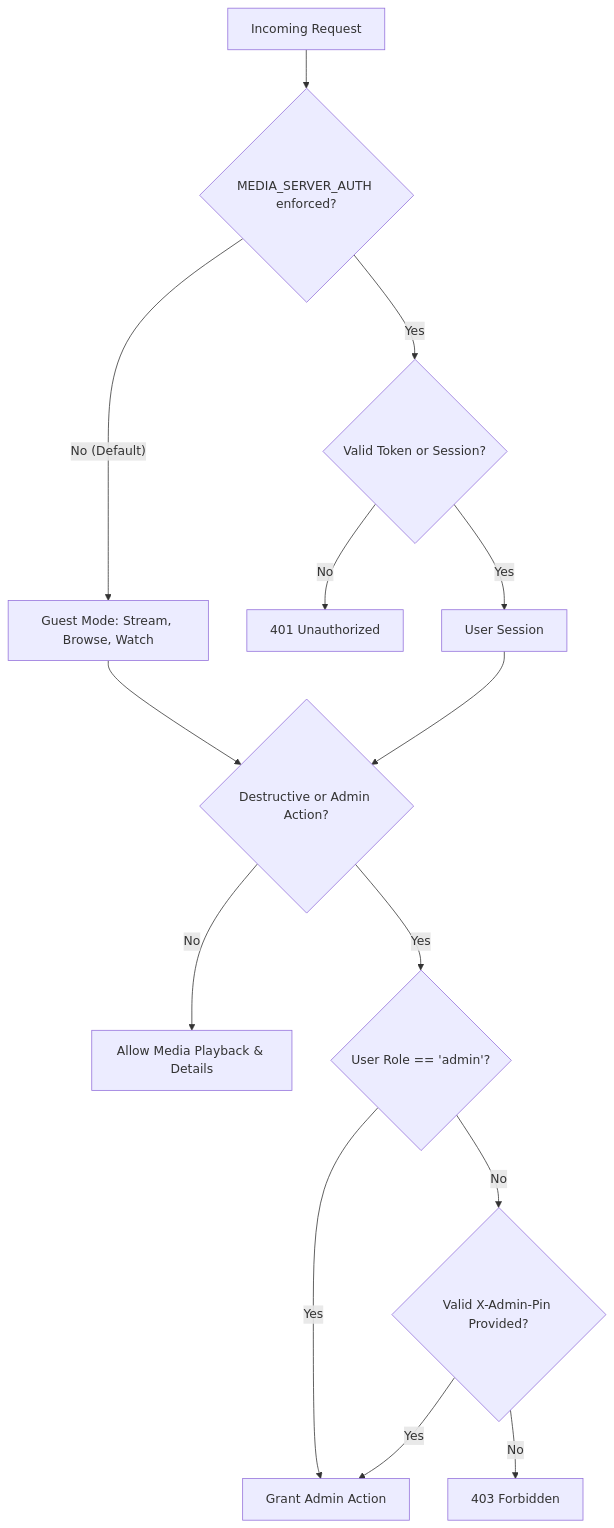
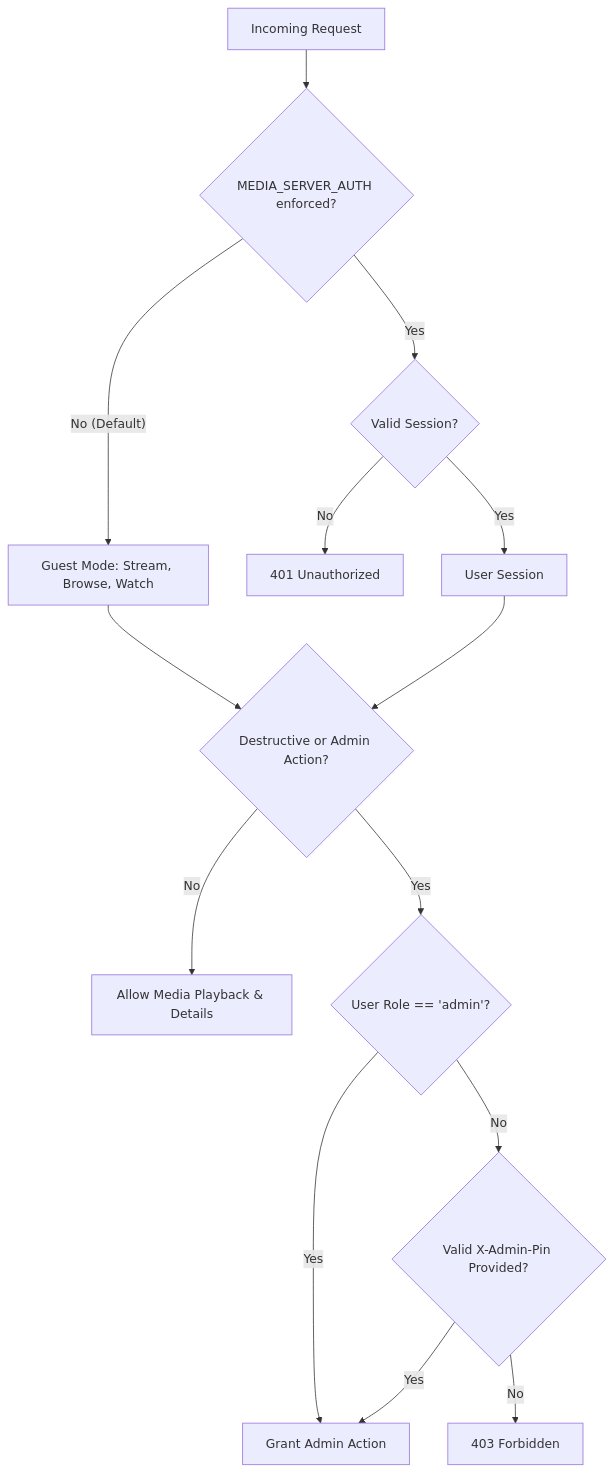
One commit to anis7t/anis-home-media-server changed the diagram in docs/MANUAL.md. Above: the diagram before and after it, drawn with Mermaid. The commit also changed other lines of this file and 22 other files, not shown here.

First line of the commit message:
fix(auth): retire the pairing-token surface and auth_tokens

````diff
--- a/docs/MANUAL.md
+++ b/docs/MANUAL.md
@@ -161,18 +159,18 @@
 ```mermaid
 flowchart TD
     Req[Incoming Request] --> AuthCheck{MEDIA_SERVER_AUTH enforced?}
     AuthCheck -- No (Default) --> GuestMode[Guest Mode: Stream, Browse, Watch]
-    AuthCheck -- Yes --> TokenCheck{Valid Token or Session?}
-    TokenCheck -- No --> Deny[401 Unauthorized]
-    TokenCheck -- Yes --> UserMode[User Session]
+    AuthCheck -- Yes --> SessionCheck{Valid Session?}
+    SessionCheck -- No --> Deny[401 Unauthorized]
+    SessionCheck -- Yes --> UserMode[User Session]
 
     GuestMode --> ActionCheck{Destructive or Admin Action?}
     UserMode --> ActionCheck
 
     ActionCheck -- No --> AllowAction[Allow Media Playback & Details]
     ActionCheck -- Yes --> RoleCheck{User Role == 'admin'?}
     RoleCheck -- Yes --> AllowAdmin[Grant Admin Action]
     RoleCheck -- No --> PinCheck{Valid X-Admin-Pin Provided?}
     PinCheck -- Yes --> AllowAdmin
     PinCheck -- No --> DenyAdmin[403 Forbidden]
 ```
````
